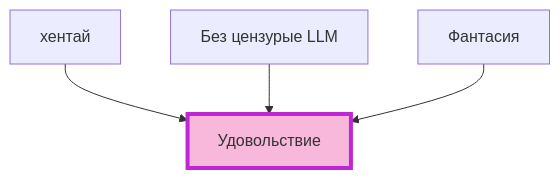
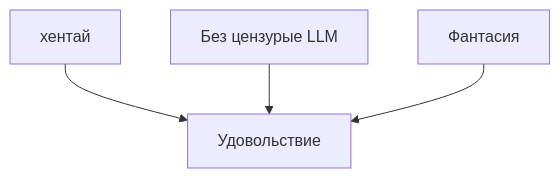
Before and after one commit to Mail20060Zma/Mail20060zma: the diagram in README.md, drawn with Mermaid.

````diff
--- a/README.md
+++ b/README.md
@@ -14,9 +14,9 @@
 ```mermaid
 graph TB
     A[хентай] --> B[Fullstack<br/>AI Developer]
     C[Без цензурые LLM] --> B
     D[Фантасия] --> B
     B[Удовольствие]
     
-    style B fill:#F8B8DC,stroke:#C026D3,stroke-width:4px
+
 ```
````
